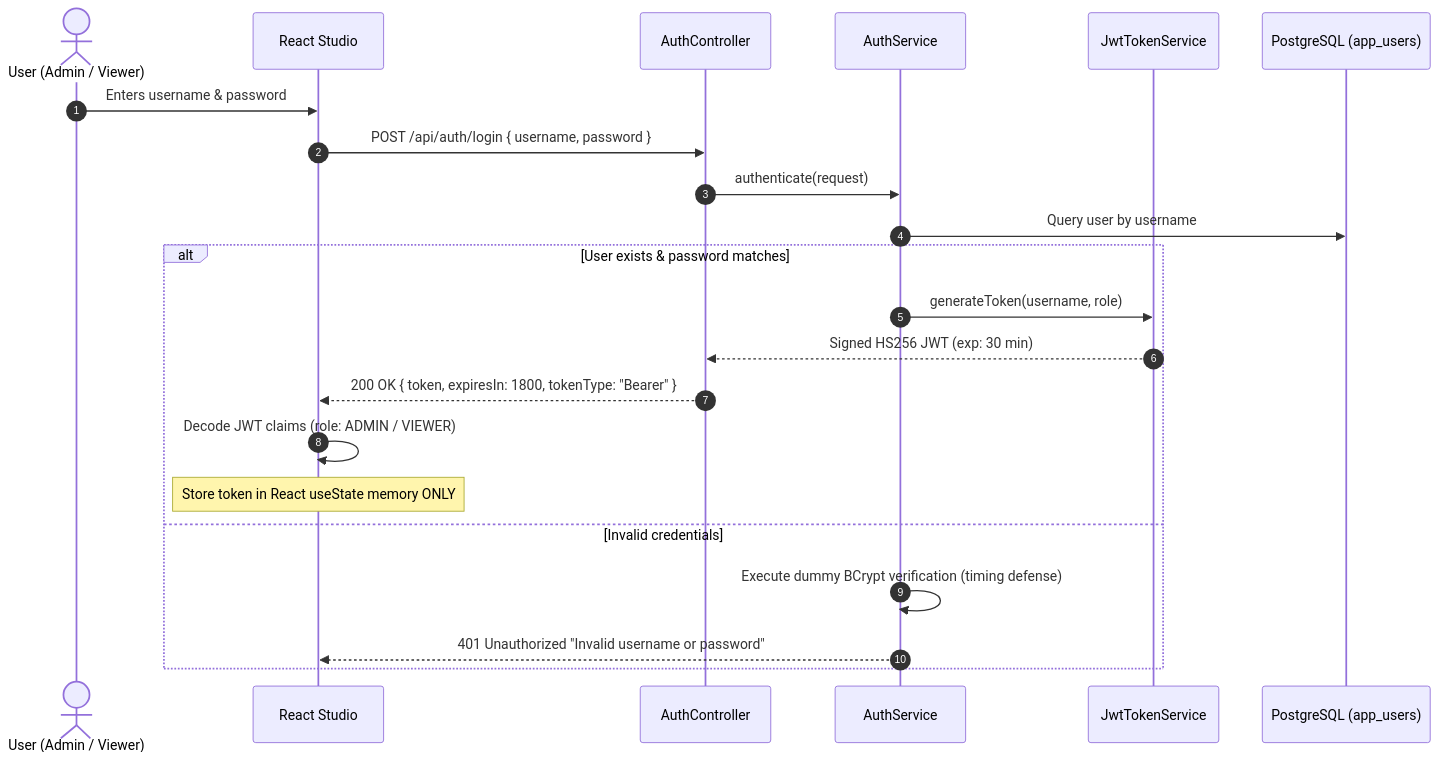
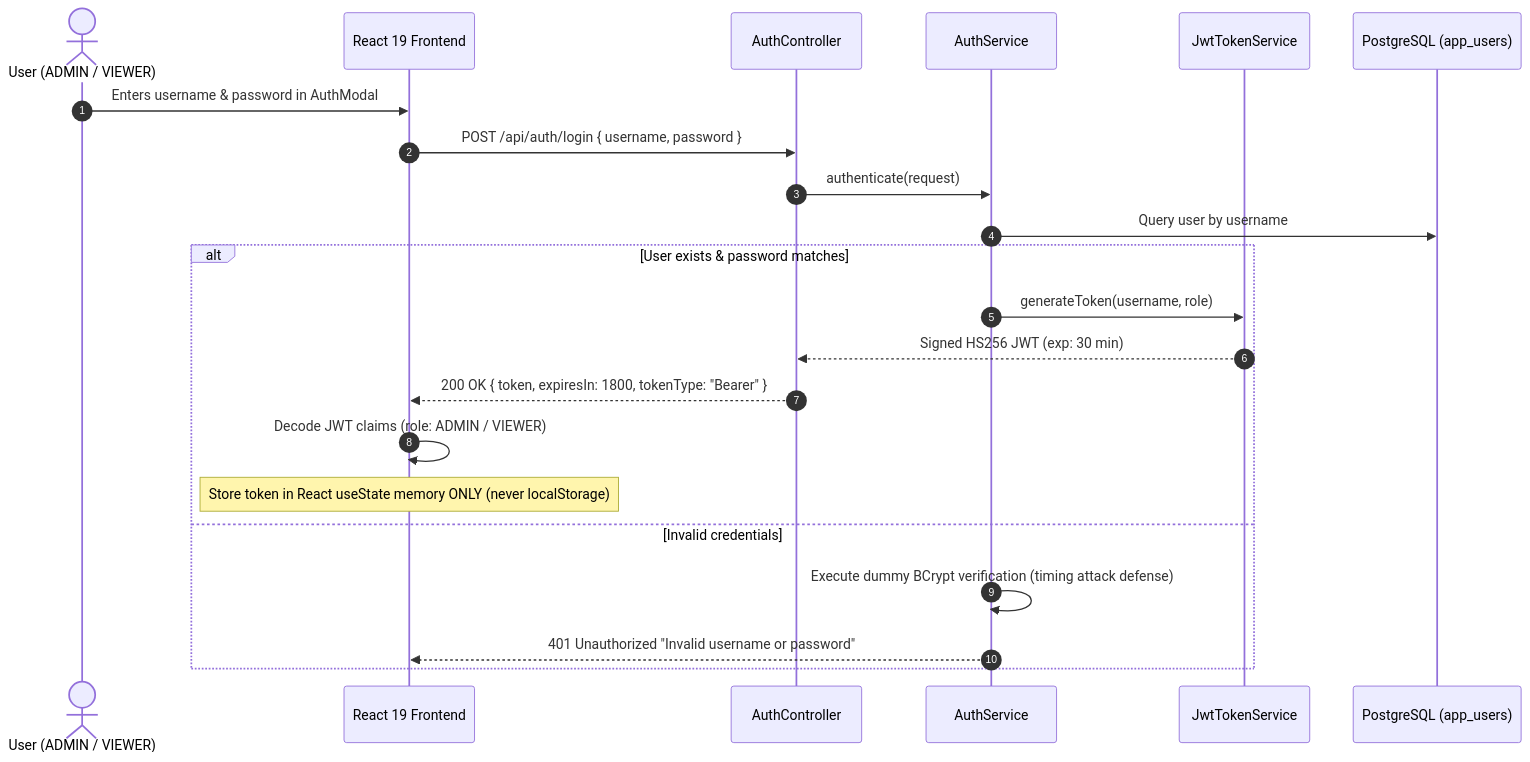
One commit to Kaifkhan1212/ReconcileX changed the second of 6 diagrams in WORKFLOW.md. Above: the diagram before and after it, drawn with Mermaid. The commit also changed other lines of this file and 53 other files, not shown here.

````diff
--- a/WORKFLOW.md
+++ b/WORKFLOW.md
@@ -51,26 +51,26 @@
 ```mermaid
 sequenceDiagram
     autonumber
-    actor Admin as User (Admin / Viewer)
-    participant UI as React Studio
+    actor Admin as User (ADMIN / VIEWER)
+    participant UI as React 19 Frontend
     participant Auth as AuthController
     participant Service as AuthService
     participant Token as JwtTokenService
     participant DB as PostgreSQL (app_users)
 
-    Admin->>UI: Enters username & password
+    Admin->>UI: Enters username & password in AuthModal
     UI->>Auth: POST /api/auth/login { username, password }
     Auth->>Service: authenticate(request)
     Service->>DB: Query user by username
     
     alt User exists & password matches
         Service->>Token: generateToken(username, role)
         Token-->>Auth: Signed HS256 JWT (exp: 30 min)
         Auth-->>UI: 200 OK { token, expiresIn: 1800, tokenType: "Bearer" }
         UI->>UI: Decode JWT claims (role: ADMIN / VIEWER)
-        Note over UI: Store token in React useState memory ONLY
+        Note over UI: Store token in React useState memory ONLY (never localStorage)
     else Invalid credentials
-        Service->>Service: Execute dummy BCrypt verification (timing defense)
+        Service->>Service: Execute dummy BCrypt verification (timing attack defense)
         Service-->>UI: 401 Unauthorized "Invalid username or password"
     end
 ```
````
